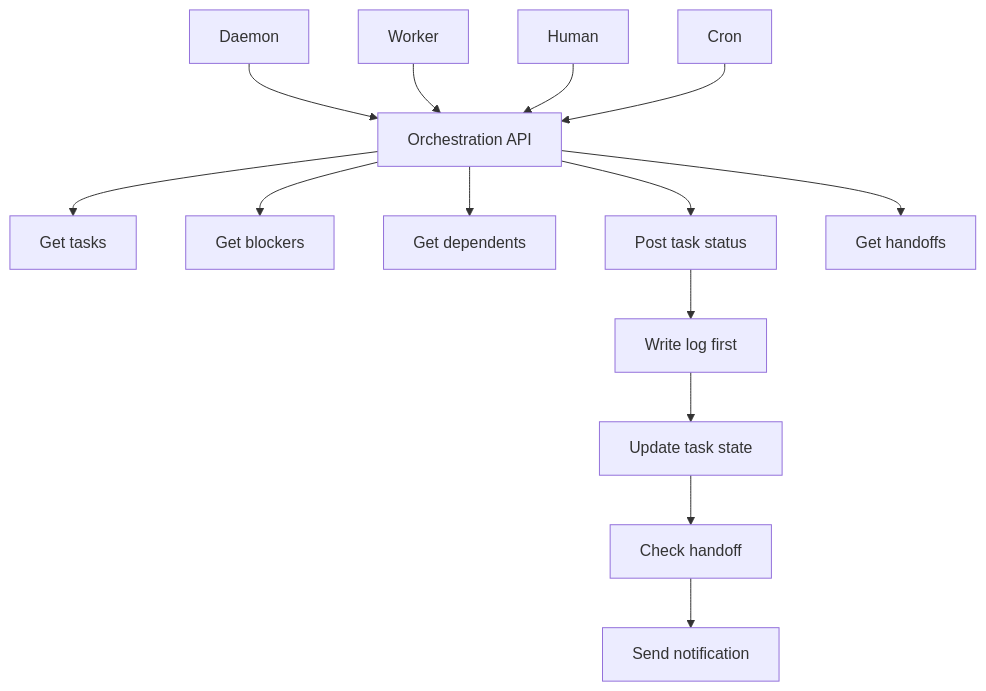
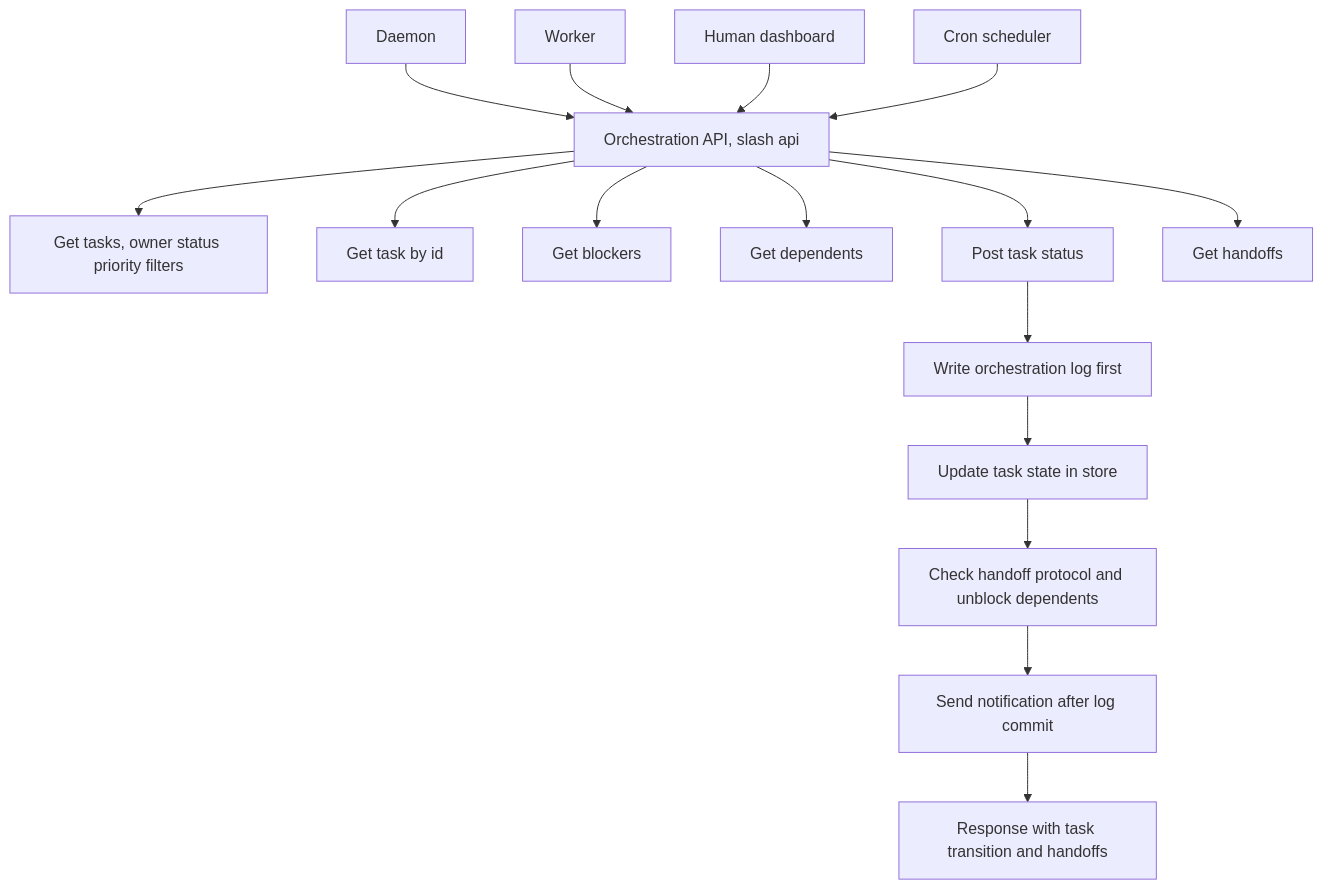
The diagram in diagrams/MC_API.mmd (mmartoccia/ghost-orchestration-pattern), drawn with Mermaid before and after one commit. The commit also changed 11 other files, not shown here.

First line of the commit message:
Restore diagram fidelity while keeping GitHub-safe Mermaid

```diff
--- a/diagrams/MC_API.mmd
+++ b/diagrams/MC_API.mmd
@@ -1,26 +1,29 @@
 graph TD
     C1[Daemon]
     C2[Worker]
-    C3[Human]
-    C4[Cron]
-    A1[Orchestration API]
-    E1[Get tasks]
-    E2[Get blockers]
-    E3[Get dependents]
-    E4[Post task status]
-    E5[Get handoffs]
-    Q1[Write log first]
-    Q2[Update task state]
-    Q3[Check handoff]
-    Q4[Send notification]
+    C3[Human dashboard]
+    C4[Cron scheduler]
+    A0[Orchestration API, slash api]
+    A1[Get tasks, owner status priority filters]
+    A2[Get task by id]
+    A3[Get blockers]
+    A4[Get dependents]
+    A5[Post task status]
+    A6[Get handoffs]
+    Q1[Write orchestration log first]
+    Q2[Update task state in store]
+    Q3[Check handoff protocol and unblock dependents]
+    Q4[Send notification after log commit]
+    R1[Response with task transition and handoffs]
 
-    C1 --> A1
-    C2 --> A1
-    C3 --> A1
-    C4 --> A1
-    A1 --> E1
-    A1 --> E2
-    A1 --> E3
-    A1 --> E4
-    A1 --> E5
-    E4 --> Q1 --> Q2 --> Q3 --> Q4
+    C1 --> A0
+    C2 --> A0
+    C3 --> A0
+    C4 --> A0
+    A0 --> A1
+    A0 --> A2
+    A0 --> A3
+    A0 --> A4
+    A0 --> A5
+    A0 --> A6
+    A5 --> Q1 --> Q2 --> Q3 --> Q4 --> R1
```
